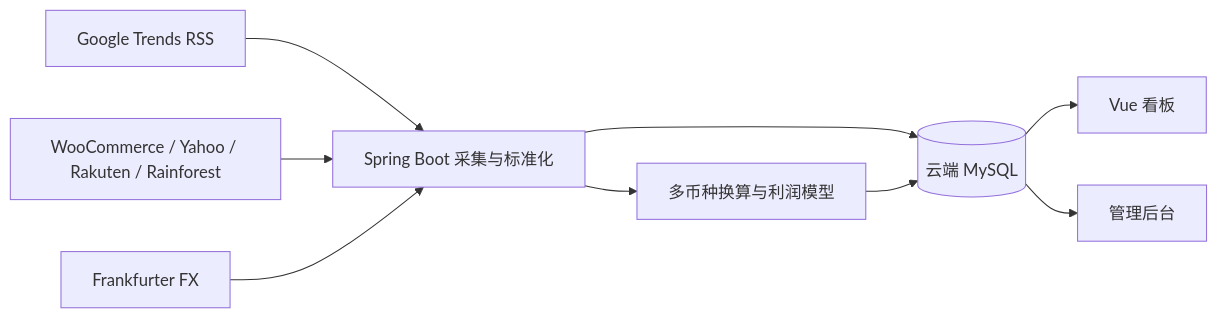
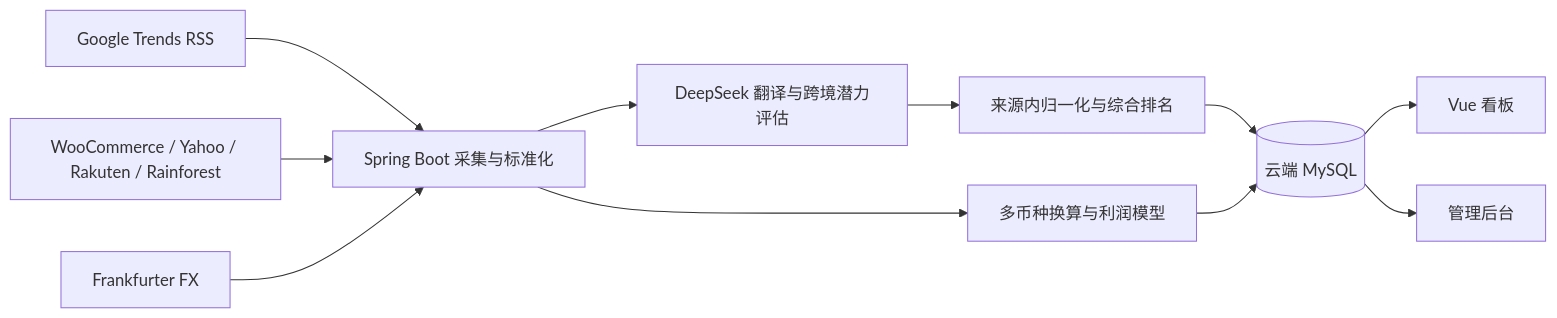
Before and after one commit to caibinice/crossborder-trend-report: the diagram in docs/cross-border-data-source-integration-guide.md, drawn with Mermaid. The commit also changed other lines of this file and 34 other files, not shown here.

````diff
--- a/docs/cross-border-data-source-integration-guide.md
+++ b/docs/cross-border-data-source-integration-guide.md
@@ -21,11 +21,13 @@
 ```mermaid
 flowchart LR
   A[Google Trends RSS] --> D[Spring Boot 采集与标准化]
   B[WooCommerce / Yahoo / Rakuten / Rainforest] --> D
   C[Frankfurter FX] --> D
-  D --> E[(云端 MySQL)]
+  D --> I[DeepSeek 翻译与跨境潜力评估]
+  I --> J[来源内归一化与综合排名]
+  J --> E[(云端 MySQL)]
   E --> F[Vue 看板]
   E --> G[管理后台]
   D --> H[多币种换算与利润模型]
   H --> E
 ```
````
